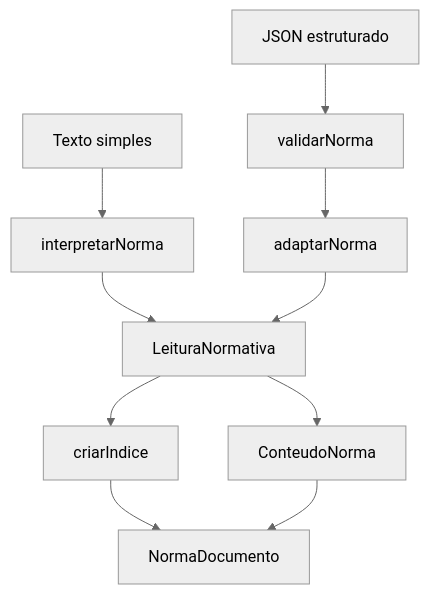
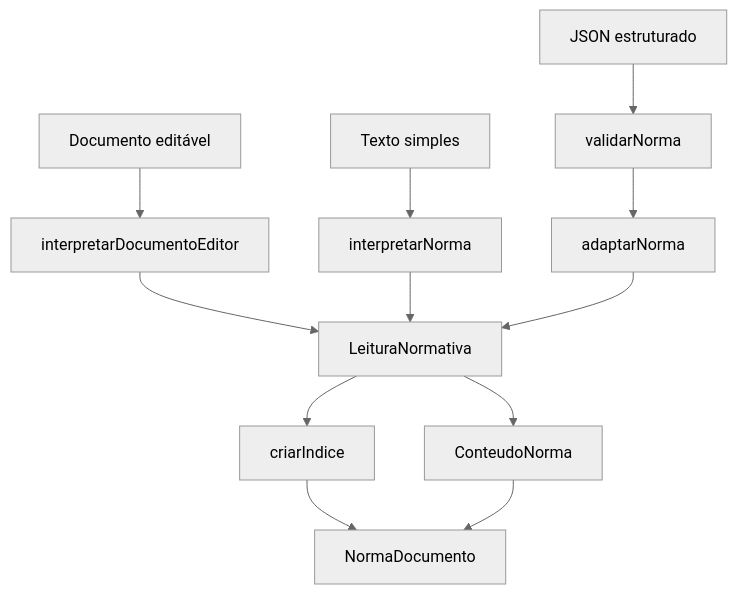
One commit to daniel-souza/normas changed the diagram in docs/parser-e-renderizacao.md. Above: the diagram before and after it, drawn with Mermaid (neutral theme). The commit also changed other lines of this file and 20 other files, not shown here.

````diff
--- a/docs/parser-e-renderizacao.md
+++ b/docs/parser-e-renderizacao.md
@@ -11,12 +13,14 @@
 ```mermaid
 flowchart TD
+  E[Documento editável] --> R[interpretarDocumentoEditor]
+  R --> L
   T[Texto simples] --> P[interpretarNorma]
   J[JSON estruturado] --> V[validarNorma]
   V --> A[adaptarNorma]
   P --> L[LeituraNormativa]
   A --> L
   L --> I[criarIndice]
   L --> C[ConteudoNorma]
   I --> D[NormaDocumento]
   C --> D
 ```
````
